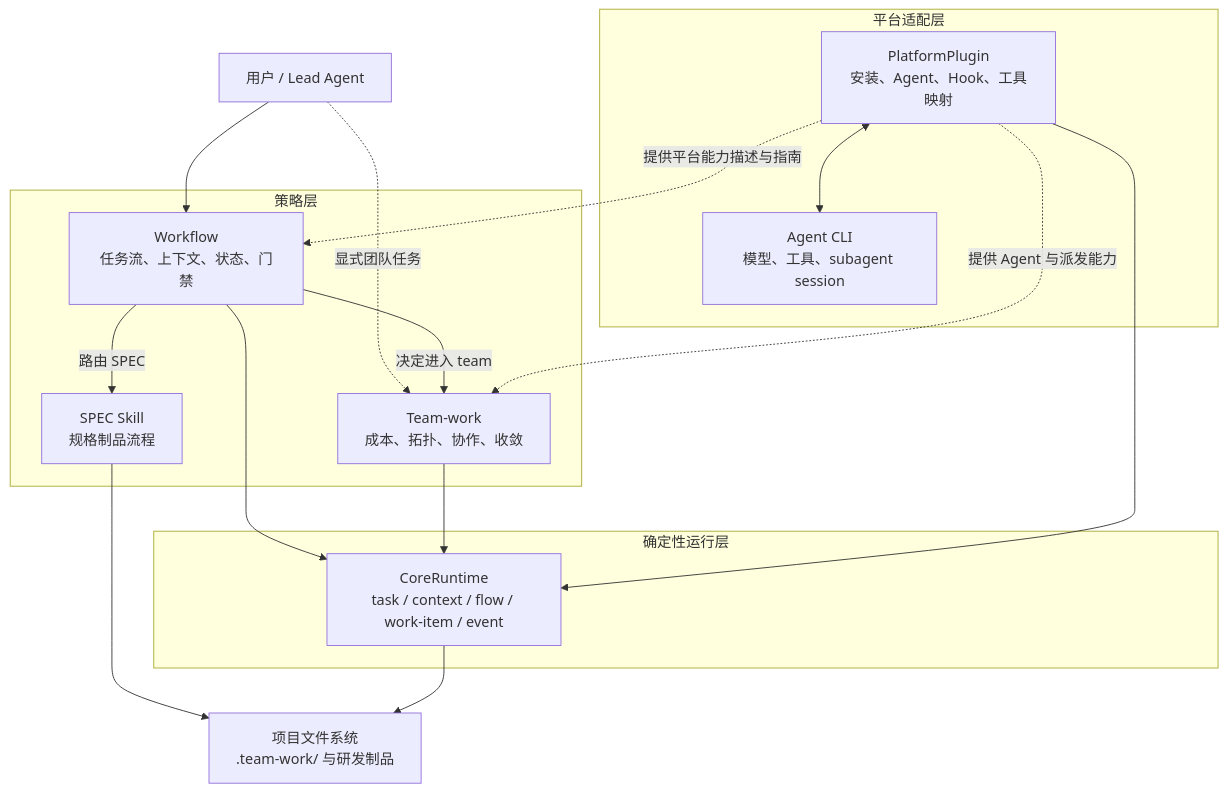
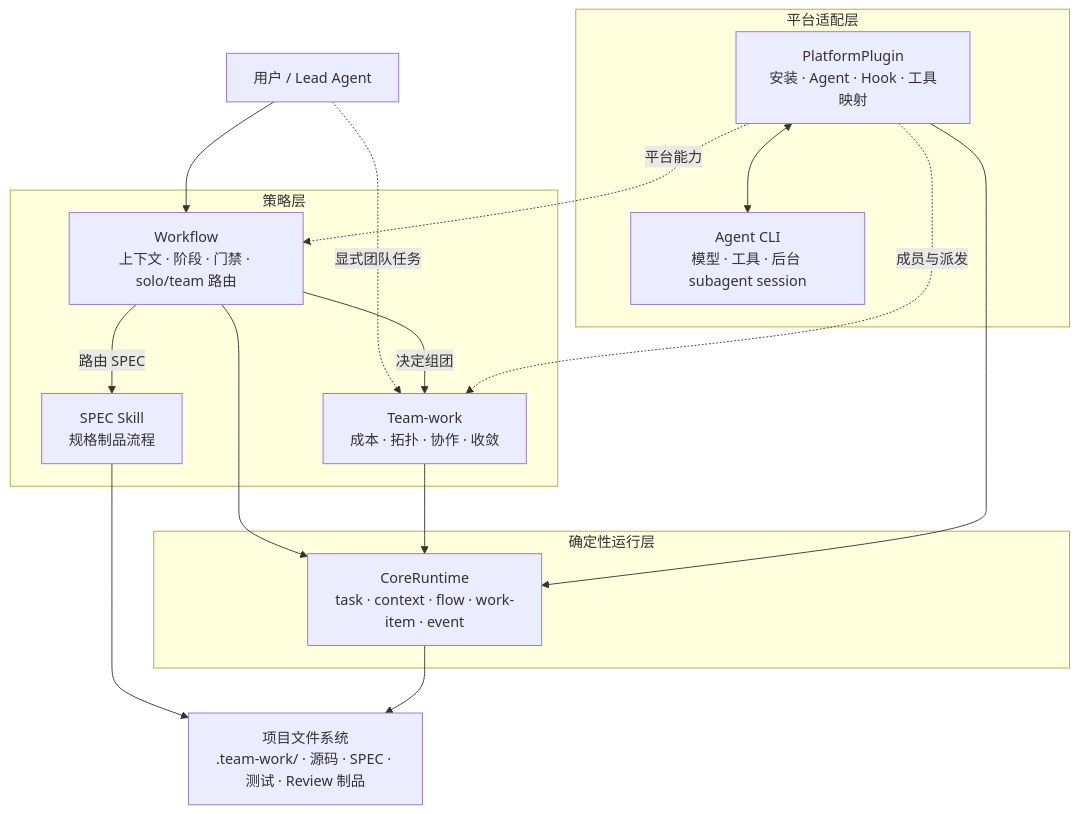
One commit to liyangink/team-work-runtime changed the first of 3 diagrams in README.md. Above: the diagram before and after it, drawn with Mermaid. The commit also changed other lines of this file and 22 other files, not shown here.

````diff
--- a/README.md
+++ b/README.md
@@ -7,34 +9,34 @@
 ```mermaid
 flowchart TB
   User["用户 / Lead Agent"]
 
   subgraph Policy["策略层"]
-    Workflow["Workflow<br/>任务流、上下文、状态、门禁"]
-    Teamwork["Team-work<br/>成本、拓扑、协作、收敛"]
+    Workflow["Workflow<br/>上下文 · 阶段 · 门禁 · solo/team 路由"]
+    Teamwork["Team-work<br/>成本 · 拓扑 · 协作 · 收敛"]
     Spec["SPEC Skill<br/>规格制品流程"]
   end
 
   subgraph Runtime["确定性运行层"]
-    Core["CoreRuntime<br/>task / context / flow / work-item / event"]
+    Core["CoreRuntime<br/>task · context · flow · work-item · event"]
   end
 
-  subgraph Adapter["平台适配层"]
-    Plugin["PlatformPlugin<br/>安装、Agent、Hook、工具映射"]
-    Host["Agent CLI<br/>模型、工具、subagent session"]
+  subgraph Platform["平台适配层"]
+    Plugin["PlatformPlugin<br/>安装 · Agent · Hook · 工具映射"]
+    Host["Agent CLI<br/>模型 · 工具 · 后台 subagent session"]
   end
 
-  Files["项目文件系统<br/>.team-work/ 与研发制品"]
+  Files["项目文件系统<br/>.team-work/ · 源码 · SPEC · 测试 · Review 制品"]
 
   User --> Workflow
   User -. "显式团队任务" .-> Teamwork
-  Workflow -- "决定进入 team" --> Teamwork
+  Workflow -- "决定组团" --> Teamwork
   Workflow -- "路由 SPEC" --> Spec
   Workflow --> Core
   Teamwork --> Core
-  Plugin -. "提供平台能力描述与指南" .-> Workflow
-  Plugin -. "提供 Agent 与派发能力" .-> Teamwork
+  Plugin -. "平台能力" .-> Workflow
+  Plugin -. "成员与派发" .-> Teamwork
+  Plugin <--> Host
   Plugin --> Core
-  Plugin <--> Host
   Spec --> Files
   Core --> Files
 ```
````
